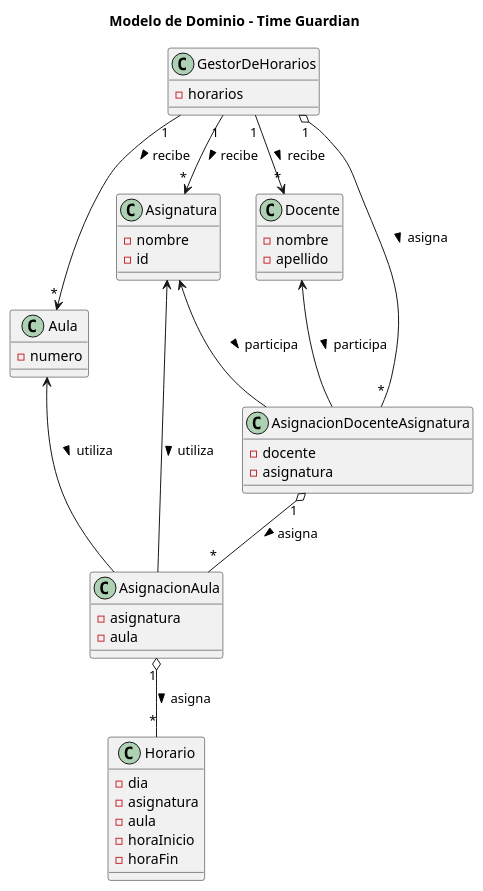
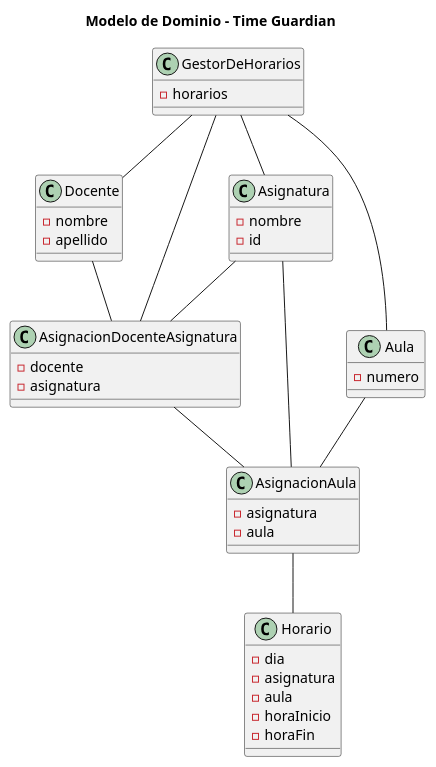
The diagram in modelosUML/Diagrama de Clases.puml (mmasias/23-24-IdSw1-SDR), drawn with PlantUML before and after one commit. The commit also changed 3 other files, not shown here.

```diff
--- a/modelosUML/Diagrama de Clases.puml
+++ b/modelosUML/Diagrama de Clases.puml
@@ -1,52 +1,52 @@
 @startuml
 title Modelo de Dominio - Time Guardian
 
 class GestorDeHorarios {
     - horarios
 }
 
 class Docente {
     - nombre
     - apellido
 }
 
 class Asignatura {
     - nombre
     - id
 }
 
 class Aula {
     - numero
 }
 
 class Horario {
     - dia
     - asignatura
     - aula
     - horaInicio
     - horaFin
 }
 
 class AsignacionDocenteAsignatura {
     - docente
     - asignatura
 }
 
 class AsignacionAula {
     - asignatura
     - aula
 }
 
-GestorDeHorarios "1" --> "*" Docente : "recibe >"
-GestorDeHorarios "1" --> "*" Asignatura : "recibe >"
-GestorDeHorarios "1" --> "*" Aula : "recibe >"
+GestorDeHorarios  --  Docente 
+GestorDeHorarios  --  Asignatura 
+GestorDeHorarios  -- Aula 
 
-GestorDeHorarios "1" o-- "*" AsignacionDocenteAsignatura : "asigna >"
-AsignacionDocenteAsignatura "1" o-- "*" AsignacionAula : "asigna >"
-AsignacionAula "1" o-- "*" Horario : "asigna >"
+GestorDeHorarios -- AsignacionDocenteAsignatura 
+AsignacionDocenteAsignatura --  AsignacionAula 
+AsignacionAula --  Horario  
 
-Docente <-- AsignacionDocenteAsignatura : "participa >"
-Asignatura <-- AsignacionDocenteAsignatura : "participa >"
-Asignatura <-- AsignacionAula : "utiliza >"
-Aula <-- AsignacionAula : "utiliza >"
+Docente -- AsignacionDocenteAsignatura 
+Asignatura -- AsignacionDocenteAsignatura 
+Asignatura -- AsignacionAula 
+Aula -- AsignacionAula 
 @enduml
```
